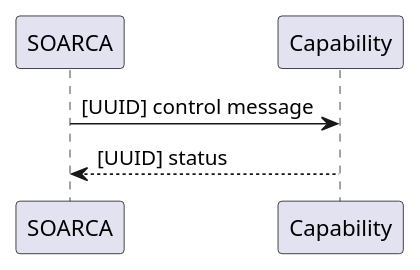
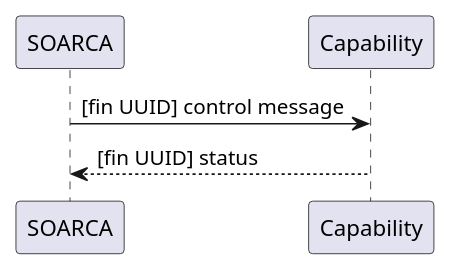
Diagram 19 of 19 in documentation/content/en/docs/soarca-extentions/fin-protocol.md (COSSAS/SOARCA), drawn with PlantUML before and after one commit. The commit also changed other lines of this file, not shown here.

Commit message:
Moved fin protocol from doc to documentation

````diff
--- a/documentation/content/en/docs/soarca-extentions/fin-protocol.md
+++ b/documentation/content/en/docs/soarca-extentions/fin-protocol.md
@@ -571,12 +568,12 @@
 ```plantuml
 @startuml
 
 participant "SOARCA" as soarca
 participant Capability as fin
 
 
-soarca -> fin : [UUID] control message
-soarca <-- fin : [UUID] status 
+soarca -> fin : [fin UUID] control message
+soarca <-- fin : [fin UUID] status 
 
 @enduml
 ```
````
